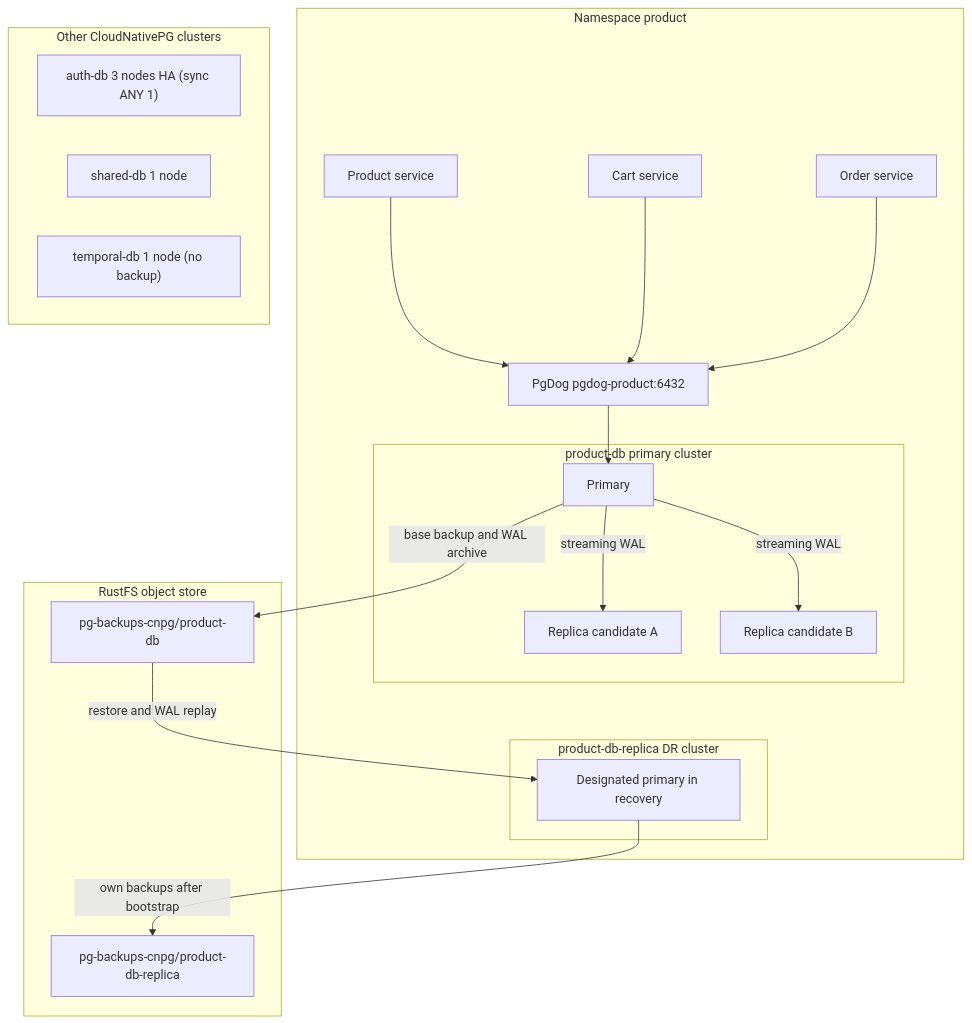
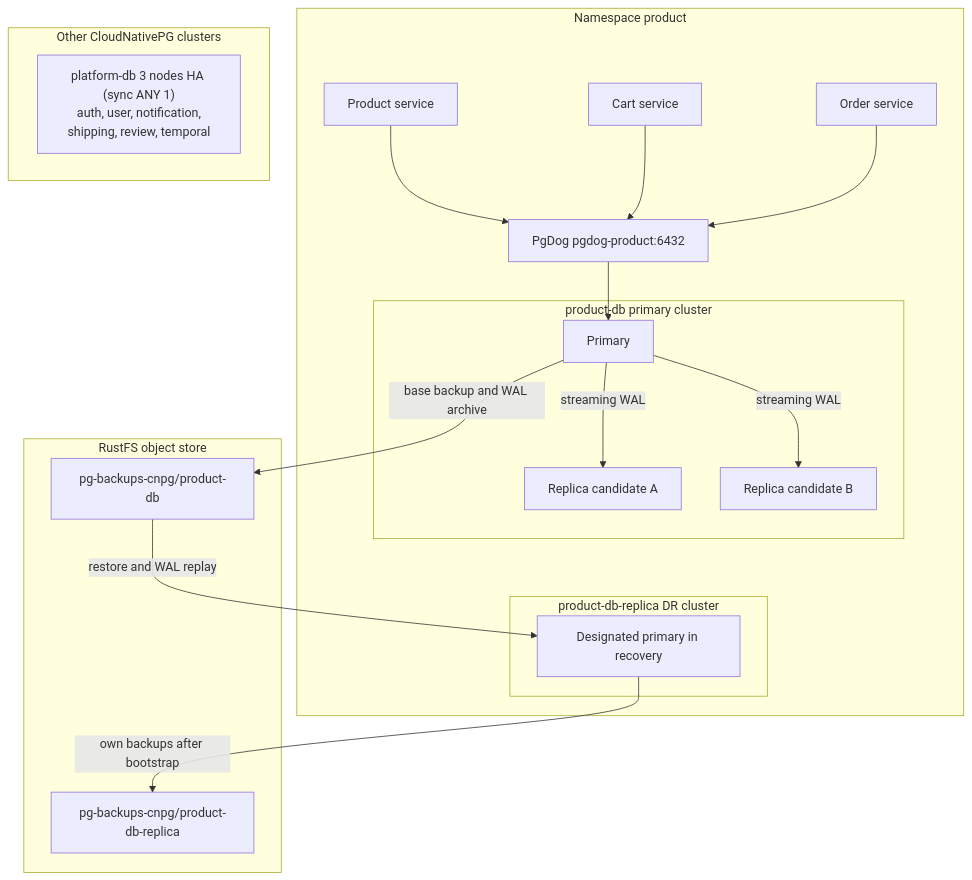
The first of 7 diagrams in docs/databases/010-drp.md (duynhlab/homelab), drawn with Mermaid before and after one commit. The commit also changed other lines of this file and 147 other files, not shown here.

````diff
--- a/docs/databases/010-drp.md
+++ b/docs/databases/010-drp.md
@@ -66,40 +64,38 @@
 ```mermaid
 flowchart TB
   subgraph productNs ["Namespace product"]
     productSvc["Product service"]
     cartSvc["Cart service"]
     orderSvc["Order service"]
     pgdog["PgDog pgdog-product:6432"]
 
     subgraph cnpgPrimary ["product-db primary cluster"]
       cnpgPrimaryPod["Primary"]
       cnpgReplicaA["Replica candidate A"]
       cnpgReplicaB["Replica candidate B"]
       cnpgPrimaryPod -->|"streaming WAL"| cnpgReplicaA
       cnpgPrimaryPod -->|"streaming WAL"| cnpgReplicaB
     end
 
     subgraph cnpgDr ["product-db-replica DR cluster"]
       drPod["Designated primary in recovery"]
     end
   end
 
   subgraph objectStore ["RustFS object store"]
     primaryBucket["pg-backups-cnpg/product-db"]
     drBucket["pg-backups-cnpg/product-db-replica"]
   end
 
   subgraph otherClusters ["Other CloudNativePG clusters"]
-    authDb["auth-db 3 nodes HA (sync ANY 1)"]
-    sharedDb["shared-db 1 node"]
-    temporalDb["temporal-db 1 node (no backup)"]
+    platformDb["platform-db 3 nodes HA (sync ANY 1)<br/>auth, user, notification,<br/>shipping, review, temporal"]
   end
 
   productSvc --> pgdog
   cartSvc --> pgdog
   orderSvc --> pgdog
   pgdog --> cnpgPrimaryPod
   cnpgPrimaryPod -->|"base backup and WAL archive"| primaryBucket
   primaryBucket -->|"restore and WAL replay"| drPod
   drPod -->|"own backups after bootstrap"| drBucket
 ```
````
